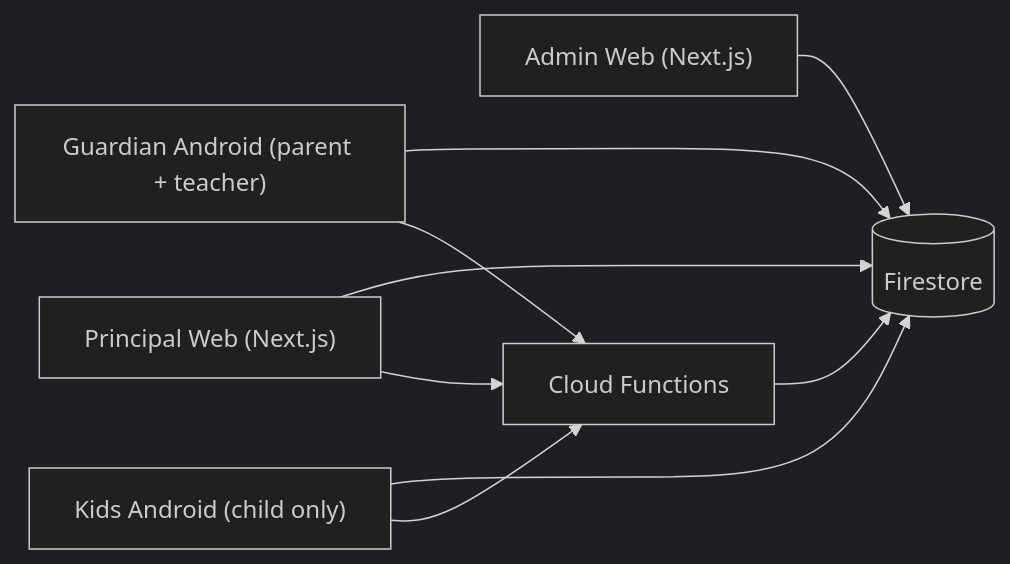
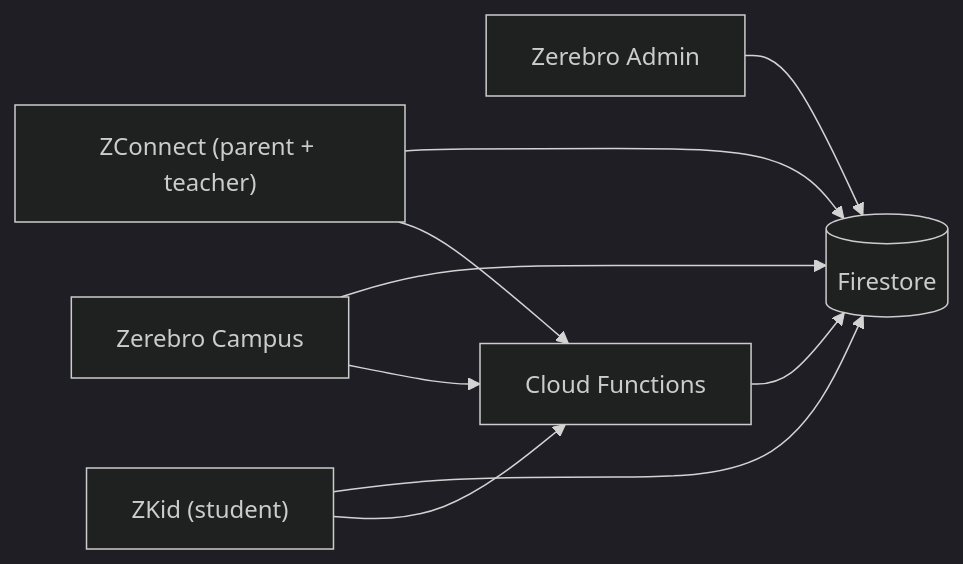
Before and after one commit to ZerebroKid/kidsafe-school: the first of 7 diagrams in docs/EDUCATION_AI_TECH_SPEC.md, drawn with Mermaid (dark theme). The commit also changed other lines of this file and 2 other files, not shown here.

````diff
--- a/docs/EDUCATION_AI_TECH_SPEC.md
+++ b/docs/EDUCATION_AI_TECH_SPEC.md
@@ -41,17 +55,17 @@
 ```mermaid
 flowchart LR
-  AdminWeb["Admin Web (Next.js)"]
-  PrincipalWeb["Principal Web (Next.js)"]
-  Guardian["Guardian Android (parent + teacher)"]
-  Kids["Kids Android (child only)"]
+  AdminWeb["Zerebro Admin"]
+  CampusWeb["Zerebro Campus"]
+  ZConnect["ZConnect (parent + teacher)"]
+  ZKid["ZKid (student)"]
   Functions["Cloud Functions"]
 
   AdminWeb --> Firestore[(Firestore)]
-  PrincipalWeb --> Firestore
-  Guardian --> Firestore
-  Kids --> Firestore
+  CampusWeb --> Firestore
+  ZConnect --> Firestore
+  ZKid --> Firestore
   Functions --> Firestore
-  Guardian --> Functions
-  Kids --> Functions
-  PrincipalWeb --> Functions
+  ZConnect --> Functions
+  ZKid --> Functions
+  CampusWeb --> Functions
 ```
````
